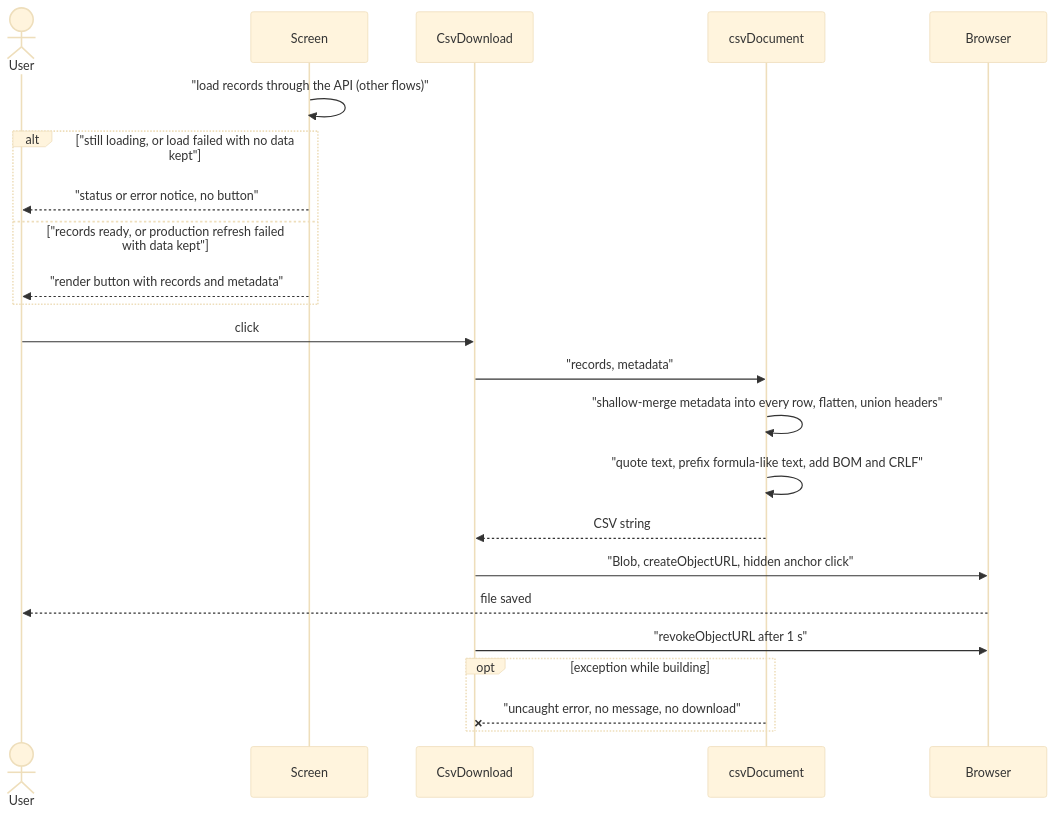
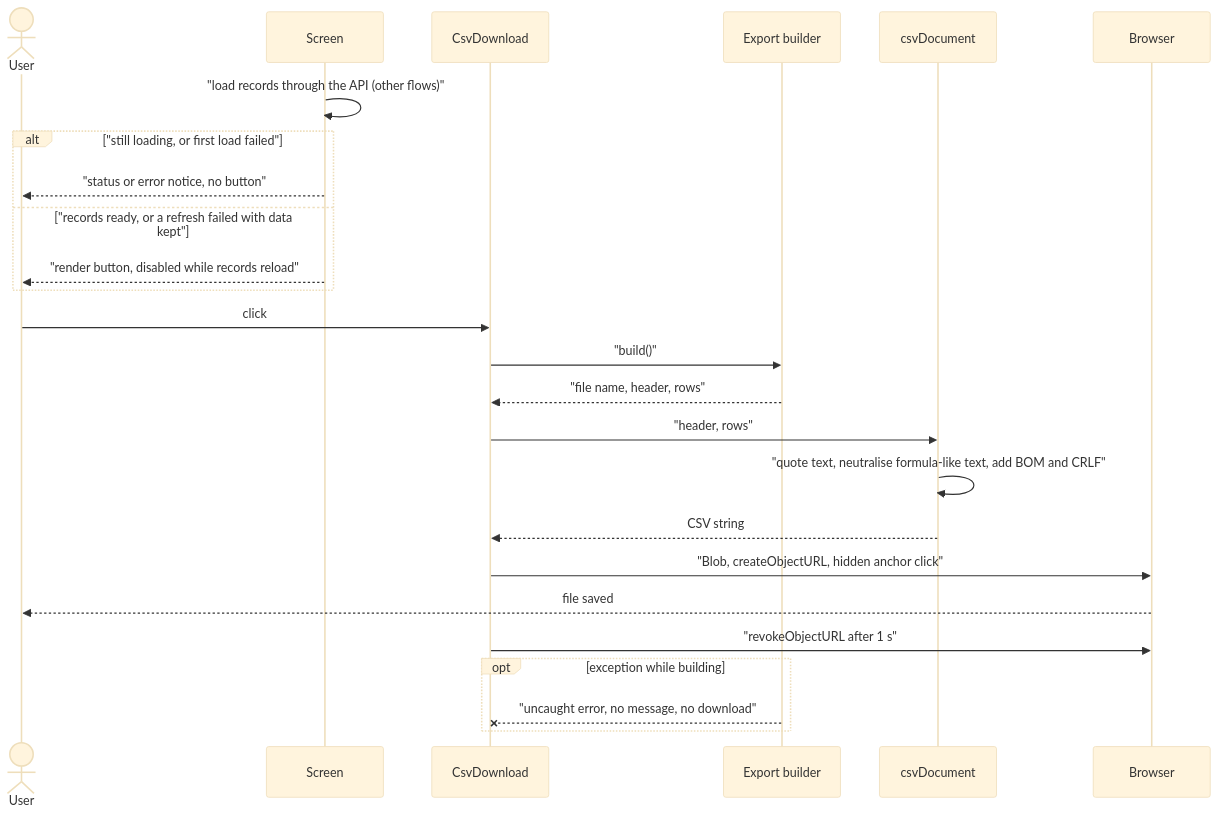
The diagram in docs/flows/csv-export.md (erkurtharun/pyracast), drawn with Mermaid (base theme) before and after one commit. The commit also changed other lines of this file and 85 other files, not shown here.

First line of the commit message:
Bring the flow pages in line with the code (#107)

````diff
--- a/docs/flows/csv-export.md
+++ b/docs/flows/csv-export.md
@@ -17,25 +17,27 @@
 ```mermaid
 sequenceDiagram
     actor U as User
     participant S as Screen
     participant B as CsvDownload
+    participant X as Export builder
     participant C as csvDocument
     participant W as Browser
     S->>S: "load records through the API (other flows)"
-    alt "still loading, or load failed with no data kept"
+    alt "still loading, or first load failed"
         S-->>U: "status or error notice, no button"
-    else "records ready, or production refresh failed with data kept"
-        S-->>U: "render button with records and metadata"
+    else "records ready, or a refresh failed with data kept"
+        S-->>U: "render button, disabled while records reload"
     end
     U->>B: click
-    B->>C: "records, metadata"
-    C->>C: "shallow-merge metadata into every row, flatten, union headers"
-    C->>C: "quote text, prefix formula-like text, add BOM and CRLF"
+    B->>X: "build()"
+    X-->>B: "file name, header, rows"
+    B->>C: "header, rows"
+    C->>C: "quote text, neutralise formula-like text, add BOM and CRLF"
     C-->>B: CSV string
     B->>W: "Blob, createObjectURL, hidden anchor click"
     W-->>U: file saved
     B->>W: "revokeObjectURL after 1 s"
     opt exception while building
-        C--xB: "uncaught error, no message, no download"
+        X--xB: "uncaught error, no message, no download"
     end
 ```
````
